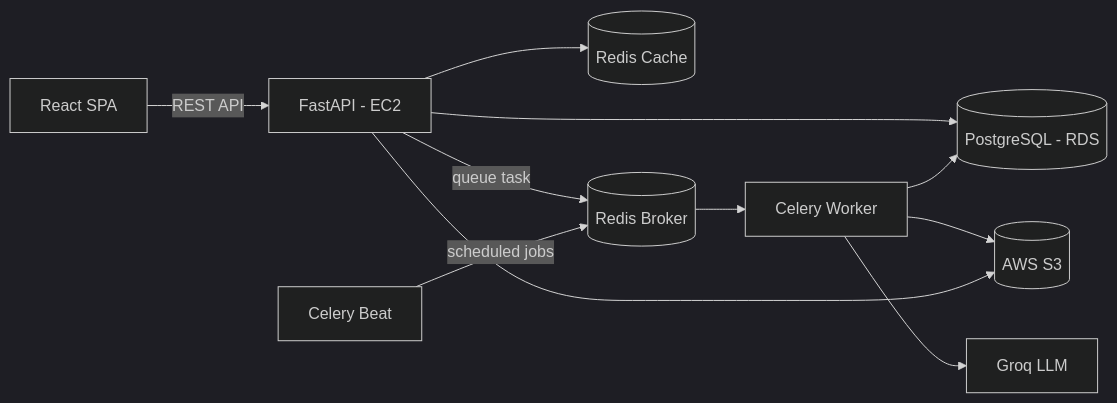
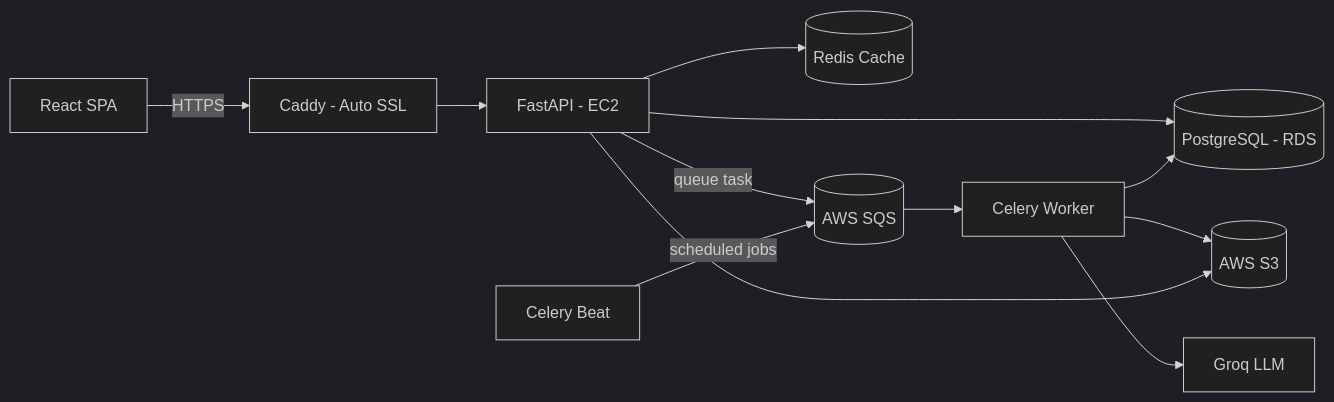
One commit to edrian-a-marinas/sitesync-api changed the diagram in README.md. Above: the diagram before and after it, drawn with Mermaid (dark theme). The commit also changed other lines of this file, not shown here.

Commit message:
docs(readme): align architecture and deployment documentation (#123)

````diff
--- a/README.md
+++ b/README.md
@@ -23,13 +23,14 @@
 ```mermaid
 flowchart LR
-    Client[React SPA] -->|REST API| API[FastAPI - EC2]
+    Client[React SPA] -->|HTTPS| Proxy[Caddy - Auto SSL]
+    Proxy --> API[FastAPI - EC2]
     API --> DB[(PostgreSQL - RDS)]
     API --> Cache[(Redis Cache)]
-    API -->|queue task| Broker[(Redis Broker)]
+    API -->|queue task| Broker[(AWS SQS)]
     Broker --> Worker[Celery Worker]
     Worker --> DB
     Worker --> S3[(AWS S3)]
     Worker --> LLM[Groq LLM]
     Beat[Celery Beat] -->|scheduled jobs| Broker
     API --> S3
 ```
````
